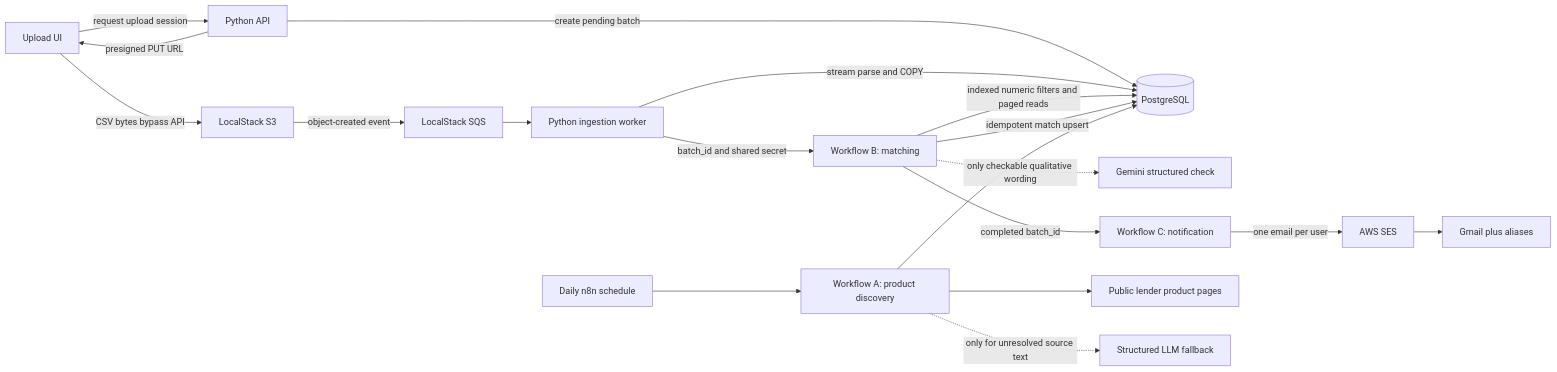
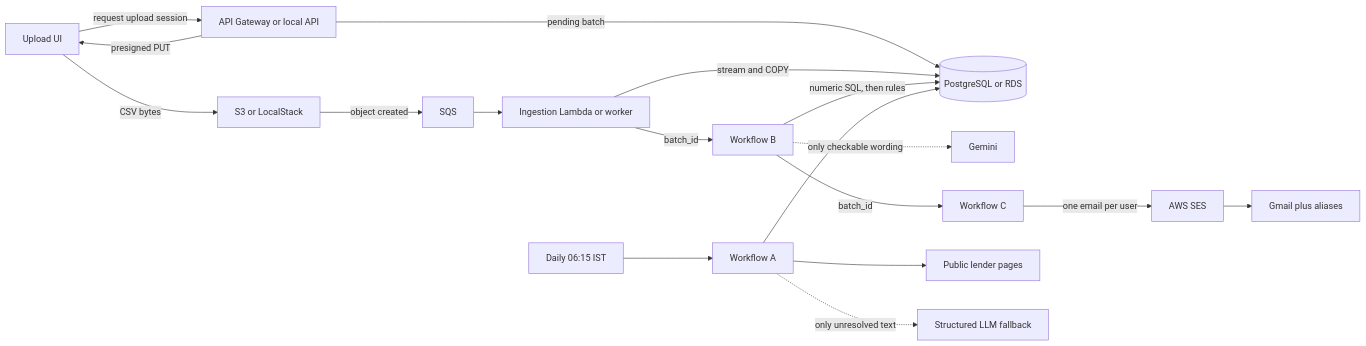
Before and after one commit to amriteshx1/loan-eligibility-engine: the diagram in README.md, drawn with Mermaid. The commit also changed other lines of this file, not shown here.

````diff
--- a/README.md
+++ b/README.md
@@ -26,21 +13,20 @@
 ```mermaid
 flowchart LR
-    Browser[Upload UI] -->|request upload session| Api[Python API]
-    Api -->|create pending batch| Db[(PostgreSQL)]
-    Api -->|presigned PUT URL| Browser
-    Browser -->|CSV bytes bypass API| S3[LocalStack S3]
-    S3 -->|object-created event| Queue[LocalStack SQS]
-    Queue --> Worker[Python ingestion worker]
-    Worker -->|stream parse and COPY| Db
-    Worker -->|batch_id and shared secret| Match[Workflow B: matching]
-    Match -->|indexed numeric filters and paged reads| Db
-    Match -.->|only checkable qualitative wording| Gemini[Gemini structured check]
-    Match -->|idempotent match upsert| Db
-    Match -->|completed batch_id| Notify[Workflow C: notification]
+    Browser[Upload UI] -->|request upload session| Api[API Gateway or local API]
+    Api -->|pending batch| Db[(PostgreSQL or RDS)]
+    Api -->|presigned PUT| Browser
+    Browser -->|CSV bytes| S3[S3 or LocalStack]
+    S3 -->|object created| Queue[SQS]
+    Queue --> Ingest[Ingestion Lambda or worker]
+    Ingest -->|stream and COPY| Db
+    Ingest -->|batch_id| Match[Workflow B]
+    Match -->|numeric SQL, then rules| Db
+    Match -.->|only checkable wording| Gemini[Gemini]
+    Match -->|batch_id| Notify[Workflow C]
     Notify -->|one email per user| Ses[AWS SES]
     Ses --> Alias[Gmail plus aliases]
-    Schedule[Daily n8n schedule] --> Discovery[Workflow A: product discovery]
-    Discovery --> Lenders[Public lender product pages]
-    Discovery -.->|only for unresolved source text| LLM[Structured LLM fallback]
+    Schedule[Daily 06:15 IST] --> Discovery[Workflow A]
+    Discovery --> Lenders[Public lender pages]
+    Discovery -.->|only unresolved text| Llm[Structured LLM fallback]
     Discovery --> Db
 ```
````
